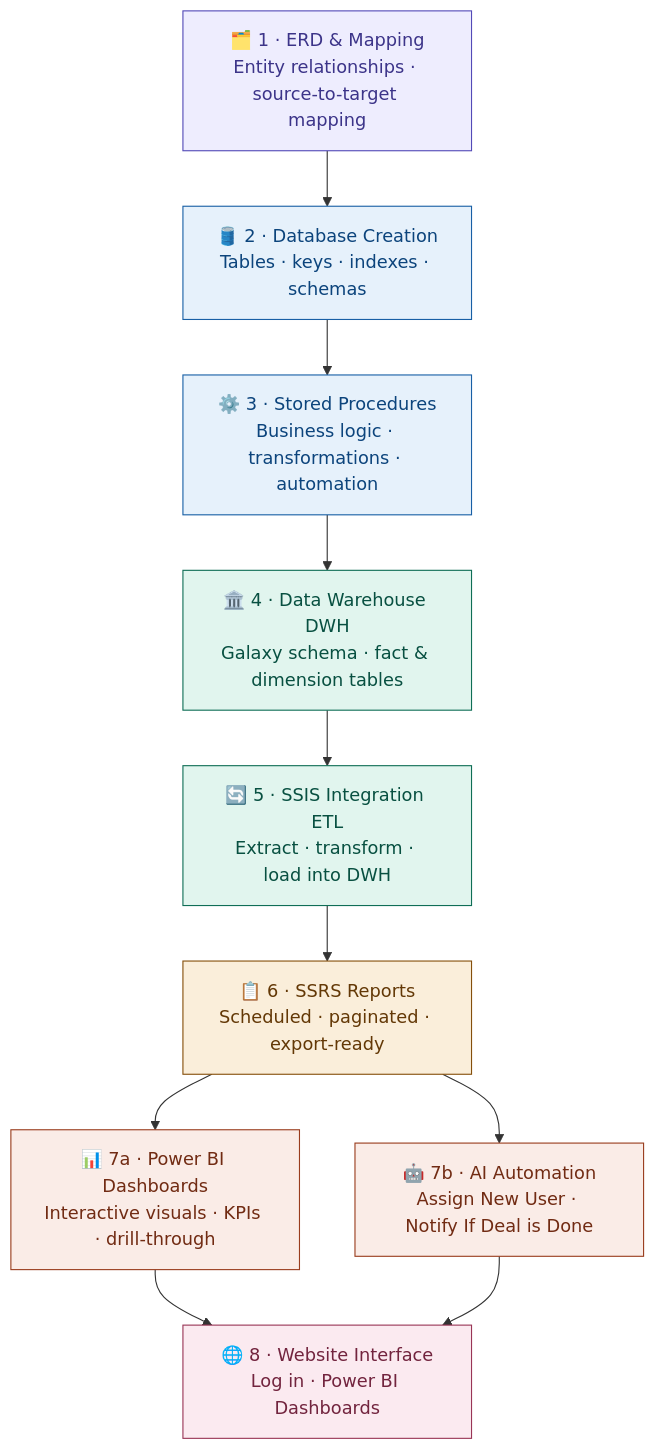
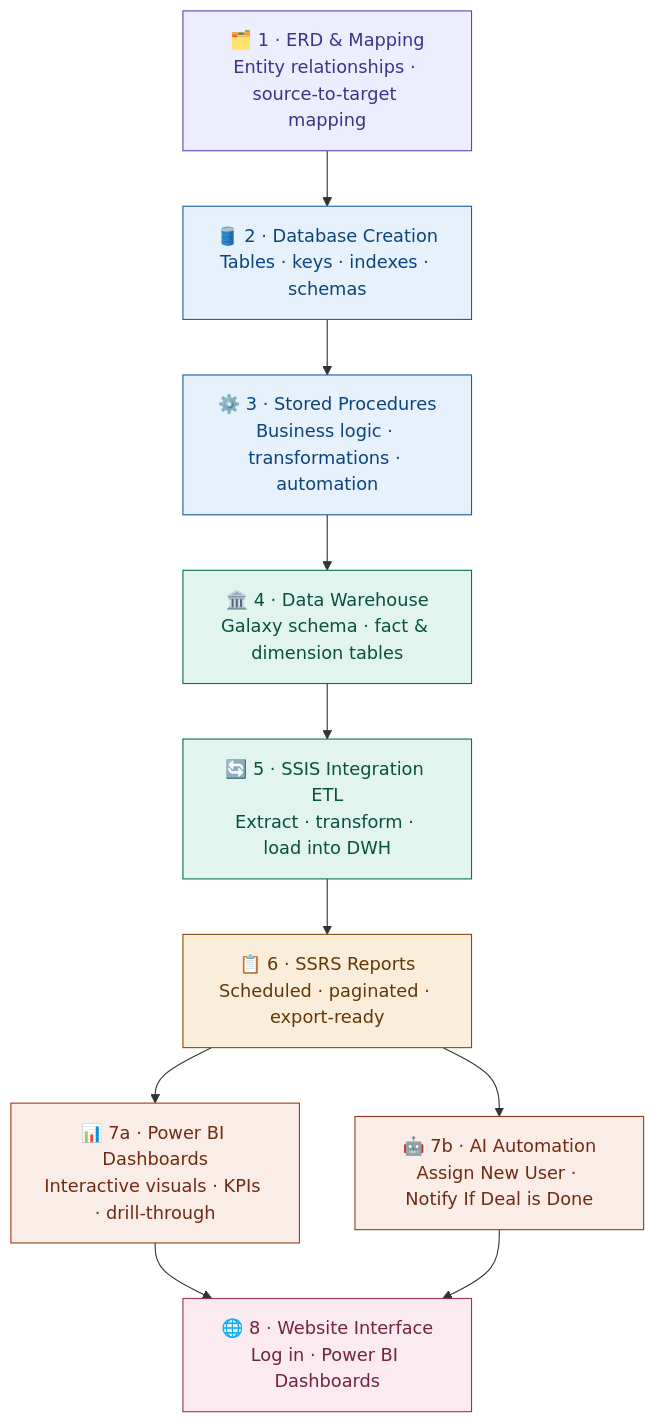
Before and after one commit to spidertunez/Proplytics: the diagram in README.md, drawn with Mermaid.

````diff
--- a/README.md
+++ b/README.md
@@ -45,32 +45,32 @@
 ```mermaid
 flowchart TD
     A["🗂️ 1 · ERD & Mapping\nEntity relationships · source-to-target mapping"]
     B["🛢️ 2 · Database Creation\nTables · keys · indexes · schemas"]
     C["⚙️ 3 · Stored Procedures\nBusiness logic · transformations · automation"]
-    D["🏛️ 4 · Data Warehouse DWH\nGalaxy schema · fact & dimension tables"]
+    D["🏛️ 4 · Data Warehouse\nGalaxy schema · fact & dimension tables"]
     E["🔄 5 · SSIS Integration ETL\nExtract · transform · load into DWH"]
     F["📋 6 · SSRS Reports\nScheduled · paginated · export-ready"]
     G["📊 7a · Power BI Dashboards\nInteractive visuals · KPIs · drill-through"]
     H["🤖 7b · AI Automation\nAssign New User · Notify If Deal is Done"]
     I["🌐 8 · Website Interface\nLog in · Power BI Dashboards"]
 
     A --> B
     B --> C
     C --> D
     D --> E
     E --> F
     F --> G
     F --> H
     G --> I
     H --> I
 
     style A fill:#EEEDFE,stroke:#534AB7,color:#3C3489
     style B fill:#E6F1FB,stroke:#185FA5,color:#0C447C
     style C fill:#E6F1FB,stroke:#185FA5,color:#0C447C
     style D fill:#E1F5EE,stroke:#0F6E56,color:#085041
     style E fill:#E1F5EE,stroke:#0F6E56,color:#085041
     style F fill:#FAEEDA,stroke:#854F0B,color:#633806
     style G fill:#FAECE7,stroke:#993C1D,color:#712B13
     style H fill:#FAECE7,stroke:#993C1D,color:#712B13
     style I fill:#FBEAF0,stroke:#993556,color:#72243E
 ```
````
